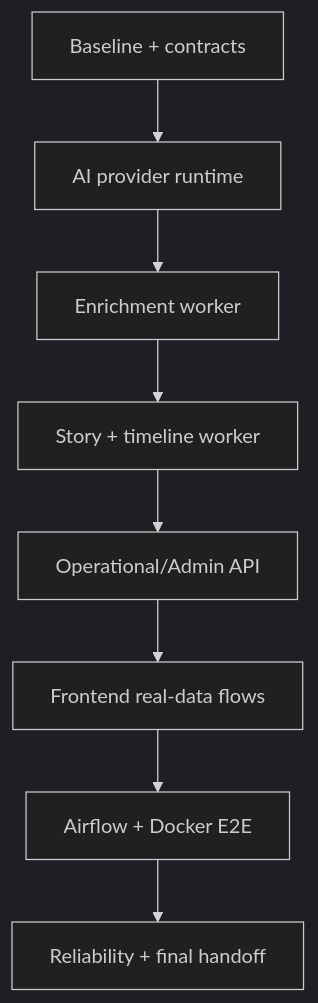
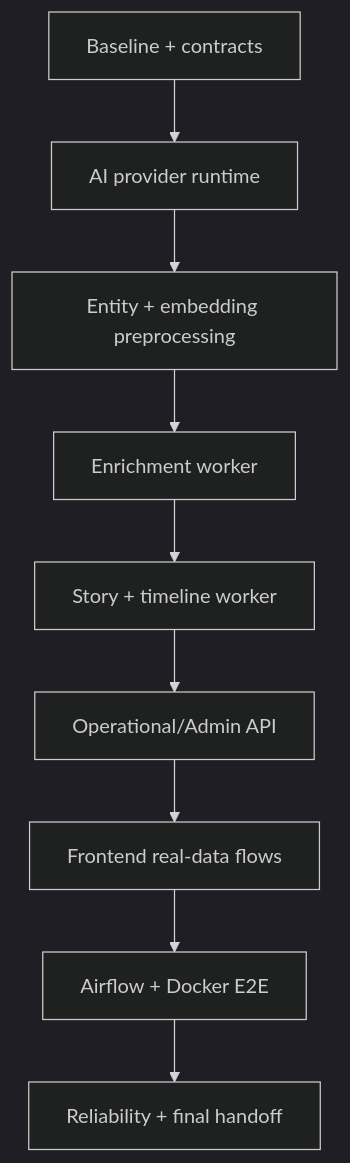
Before and after one commit to marvinphung/project3: the diagram in docs/plans/2026-08-17-project-completion.md, drawn with Mermaid (dark theme). The commit also changed other lines of this file and 12 other files, not shown here.

Commit message:
feat: run entity and embedding preprocessing

````diff
--- a/docs/plans/2026-08-17-project-completion.md
+++ b/docs/plans/2026-08-17-project-completion.md
@@ -40,10 +40,11 @@
 ```mermaid
 flowchart TD
   A[Baseline + contracts] --> B[AI provider runtime]
-  B --> C[Enrichment worker]
-  C --> D[Story + timeline worker]
-  D --> E[Operational/Admin API]
-  E --> F[Frontend real-data flows]
-  F --> G[Airflow + Docker E2E]
-  G --> H[Reliability + final handoff]
+  B --> C[Entity + embedding preprocessing]
+  C --> D[Enrichment worker]
+  D --> E[Story + timeline worker]
+  E --> F[Operational/Admin API]
+  F --> G[Frontend real-data flows]
+  G --> H[Airflow + Docker E2E]
+  H --> I[Reliability + final handoff]
 ```
````
